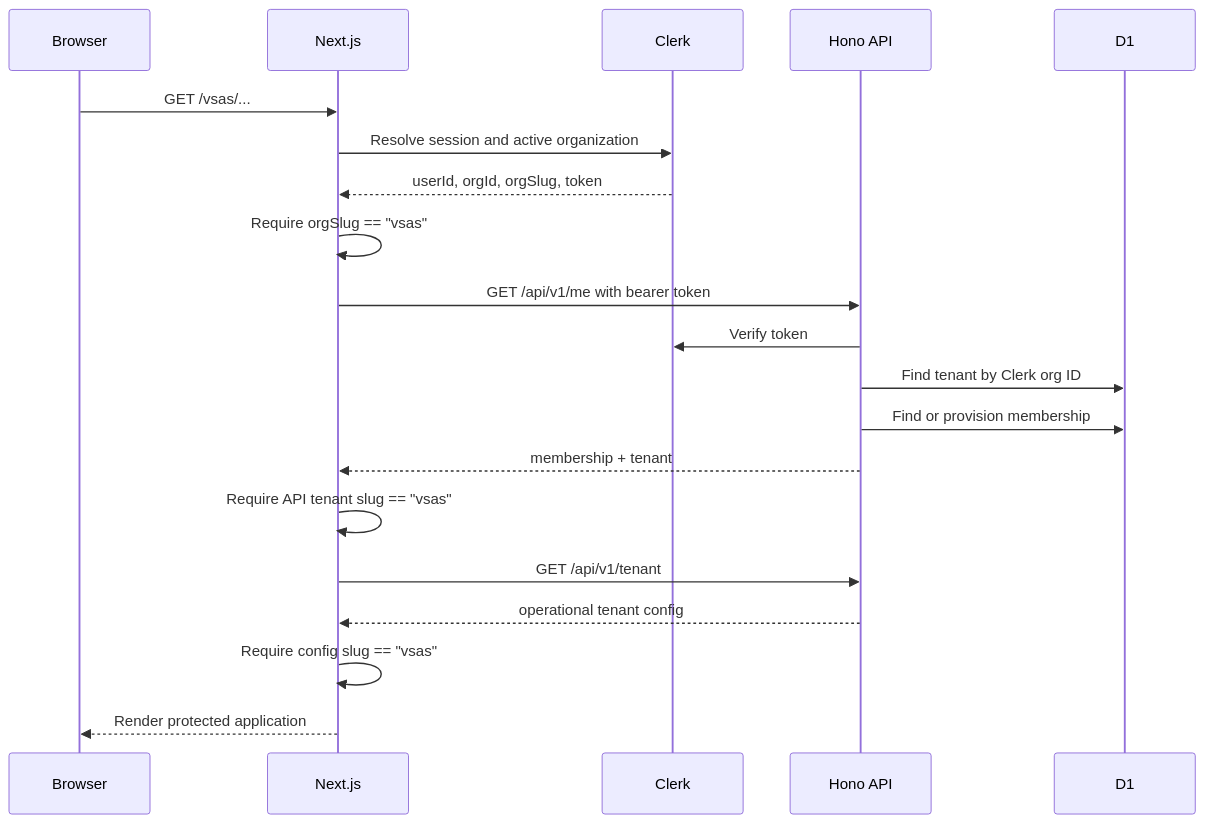
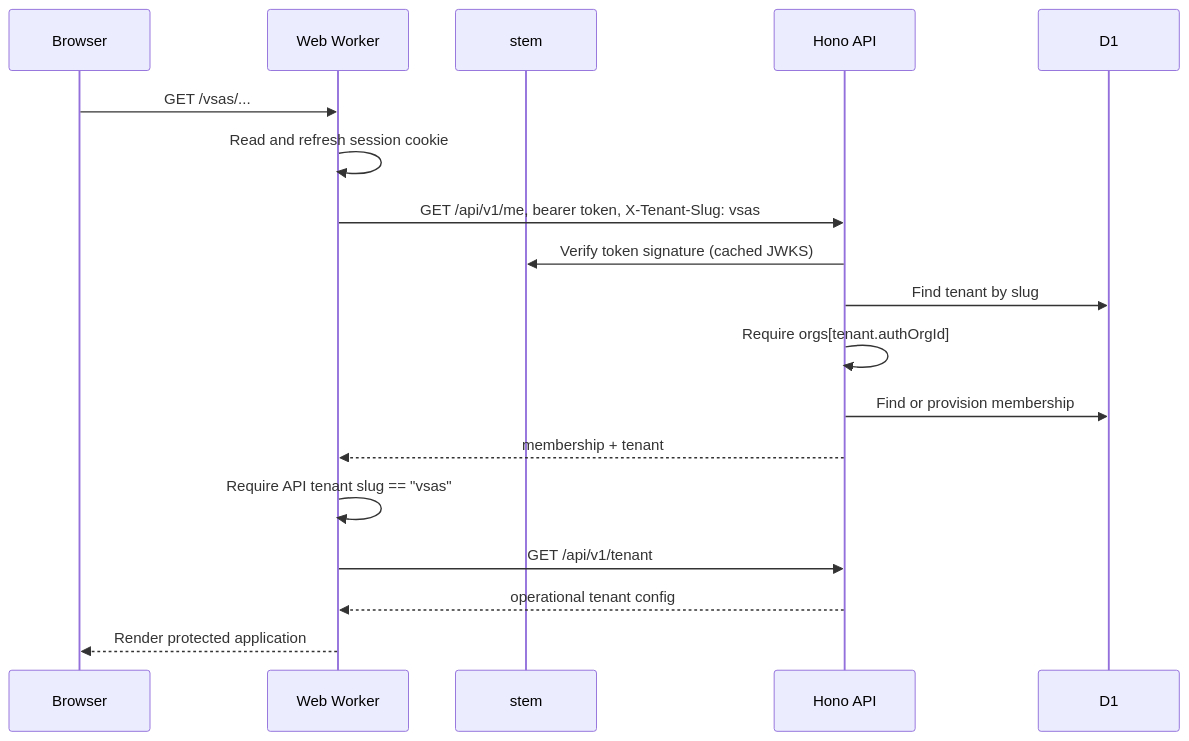
The first of 2 diagrams in wiki/Authentication-and-Multi-Tenancy.md (shiftbloom-studio/va-dispatcher), drawn with Mermaid before and after one commit. The commit also changed other lines of this file and 87 other files, not shown here.

First line of the commit message:
feat(web): sign in with stem instead of Clerk

````diff
--- a/wiki/Authentication-and-Multi-Tenancy.md
+++ b/wiki/Authentication-and-Multi-Tenancy.md
@@ -7,23 +28,21 @@
 ```mermaid
 sequenceDiagram
     participant B as Browser
-    participant W as Next.js
-    participant C as Clerk
+    participant W as Web Worker
+    participant S as stem
     participant A as Hono API
     participant D as D1
 
     B->>W: GET /vsas/...
-    W->>C: Resolve session and active organization
-    C-->>W: userId, orgId, orgSlug, token
-    W->>W: Require orgSlug == "vsas"
-    W->>A: GET /api/v1/me with bearer token
-    A->>C: Verify token
-    A->>D: Find tenant by Clerk org ID
+    W->>W: Read and refresh session cookie
+    W->>A: GET /api/v1/me, bearer token, X-Tenant-Slug: vsas
+    A->>S: Verify token signature (cached JWKS)
+    A->>D: Find tenant by slug
+    A->>A: Require orgs[tenant.authOrgId]
     A->>D: Find or provision membership
     A-->>W: membership + tenant
     W->>W: Require API tenant slug == "vsas"
     W->>A: GET /api/v1/tenant
     A-->>W: operational tenant config
-    W->>W: Require config slug == "vsas"
     W-->>B: Render protected application
 ```
````
